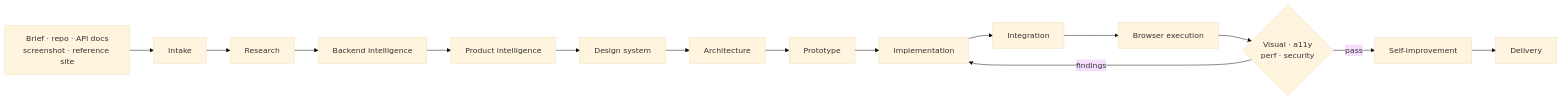
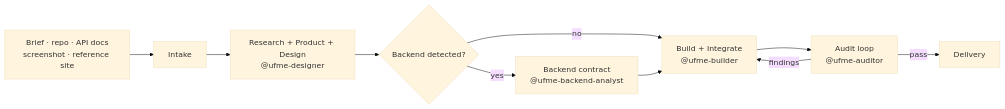
One commit to Paranthaman-K6/ufms changed the diagram in README.md. Above: the diagram before and after it, drawn with Mermaid (base theme). The commit also changed other lines of this file and 75 other files, not shown here.

````diff
--- a/README.md
+++ b/README.md
@@ -60,17 +60,12 @@
 ```mermaid
 flowchart LR
     A[Brief · repo · API docs<br/>screenshot · reference site] --> B[Intake]
-    B --> C[Research]
-    C --> D[Backend intelligence]
-    D --> E[Product intelligence]
-    E --> F[Design system]
-    F --> G[Architecture]
-    G --> H[Prototype]
-    H --> I[Implementation]
-    I --> J[Integration]
-    J --> K[Browser execution]
-    K --> L{Visual · a11y<br/>perf · security}
-    L -- findings --> I
-    L -- pass --> M[Self-improvement]
-    M --> N[Delivery]
+    B --> C[Research + Product + Design<br/>@ufme-designer]
+    C --> D{Backend detected?}
+    D -- yes --> E[Backend contract<br/>@ufme-backend-analyst]
+    D -- no --> F
+    E --> F[Build + Integrate<br/>@ufme-builder]
+    F --> G[Audit loop<br/>@ufme-auditor]
+    G -- findings --> F
+    G -- pass --> H[Delivery]
 ```
````
